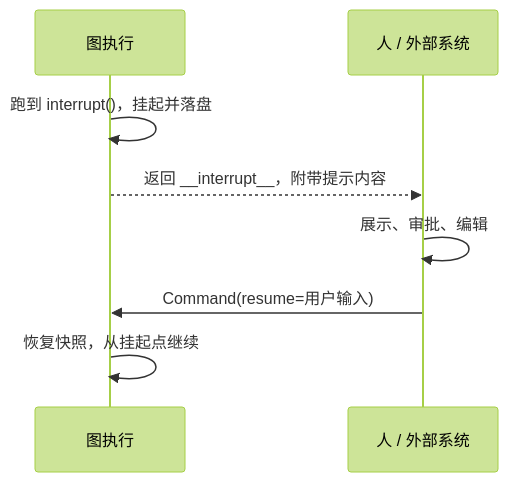
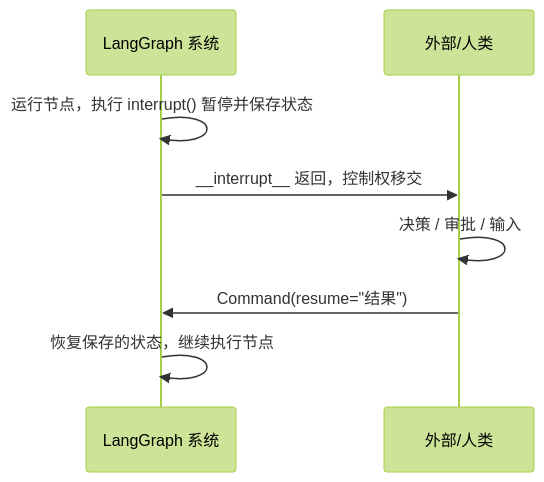
Before and after one commit to HandlerOne01/IMiss_Blog: diagram 20 of 30 in src/content/posts/ai/langgraph-nengli-xiangjie-xuexibiji.md, drawn with Mermaid (forest theme). The commit also changed other lines of this file and 6 other files, not shown here.

````diff
--- a/src/content/posts/ai/langgraph-nengli-xiangjie-xuexibiji.md
+++ b/src/content/posts/ai/langgraph-nengli-xiangjie-xuexibiji.md
@@ -434,10 +2011,10 @@
 ```mermaid
 sequenceDiagram
-    participant G as 图执行
-    participant H as 人 / 外部系统
-    G->>G: 跑到 interrupt()，挂起并落盘
-    G-->>H: 返回 __interrupt__，附带提示内容
-    H->>H: 展示、审批、编辑
-    H->>G: Command(resume=用户输入)
-    G->>G: 恢复快照，从挂起点继续
+    participant G as LangGraph 系统
+    participant H as 外部/人类
+    G->>G: 运行节点，执行 interrupt() 暂停并保存状态
+    G->>H: __interrupt__ 返回，控制权移交
+    H->>H: 决策 / 审批 / 输入
+    H->>G: Command(resume="结果")
+    G->>G: 恢复保存的状态，继续执行节点
 ```
````
